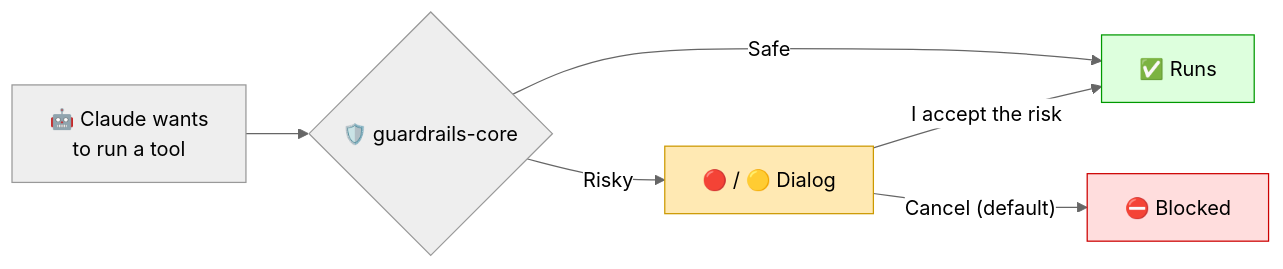
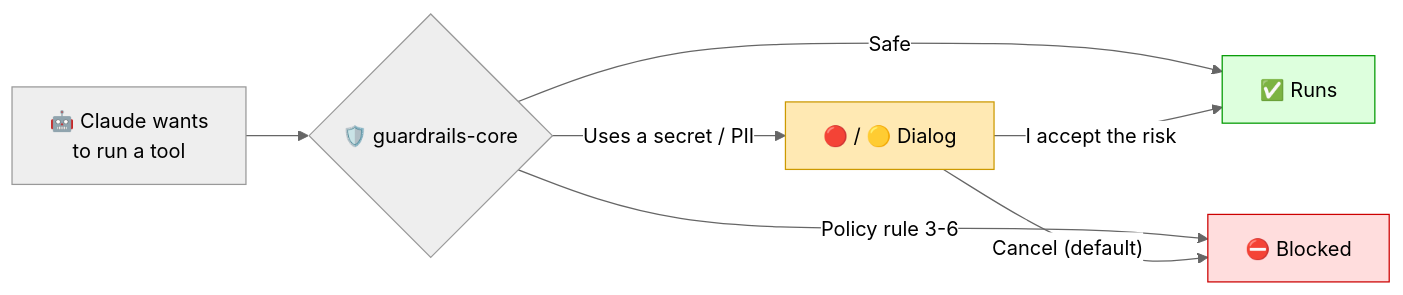
Before and after one commit to iter-vakeel/claude-guardrails: the diagram in README.md, drawn with Mermaid (neutral theme). The commit also changed other lines of this file and 4 other files, not shown here.

````diff
--- a/README.md
+++ b/README.md
@@ -12,12 +12,13 @@
 ```mermaid
 flowchart LR
     A["🤖 Claude wants<br/>to run a tool"] --> H{"🛡️ guardrails-core"}
     H -->|"Safe"| OK["✅ Runs"]
-    H -->|"Risky"| D["🔴 / 🟡 Dialog"]
+    H -->|"Policy rule 3-6"| X
+    H -->|"Uses a secret / PII"| D["🔴 / 🟡 Dialog"]
     D -->|"Cancel (default)"| X["⛔ Blocked"]
     D -->|"I accept the risk"| OK
 
     style OK fill:#dfd,stroke:#090,color:#000
     style D fill:#ffe9b3,stroke:#c90,color:#000
     style X fill:#fdd,stroke:#c00,color:#000
 ```
````
